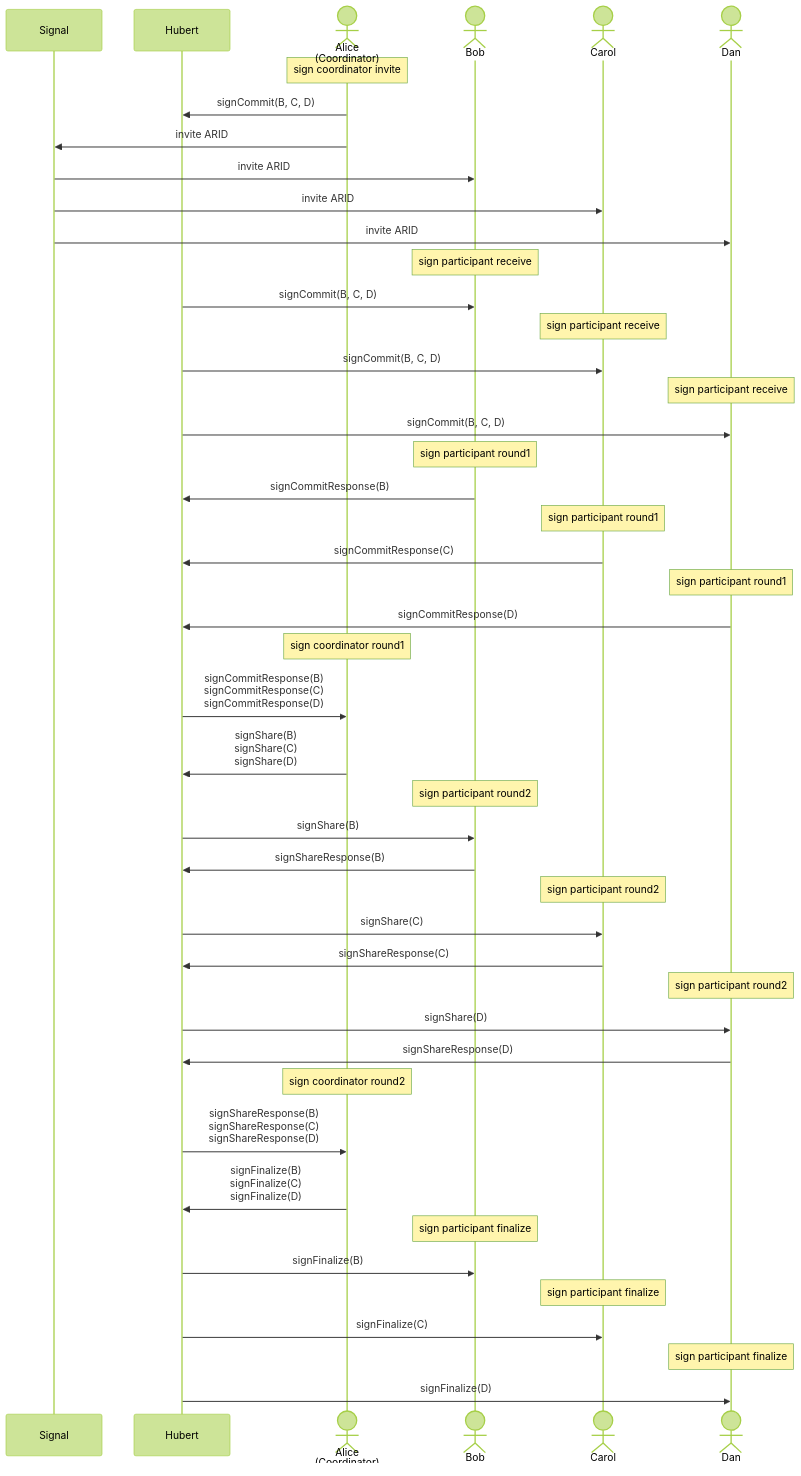
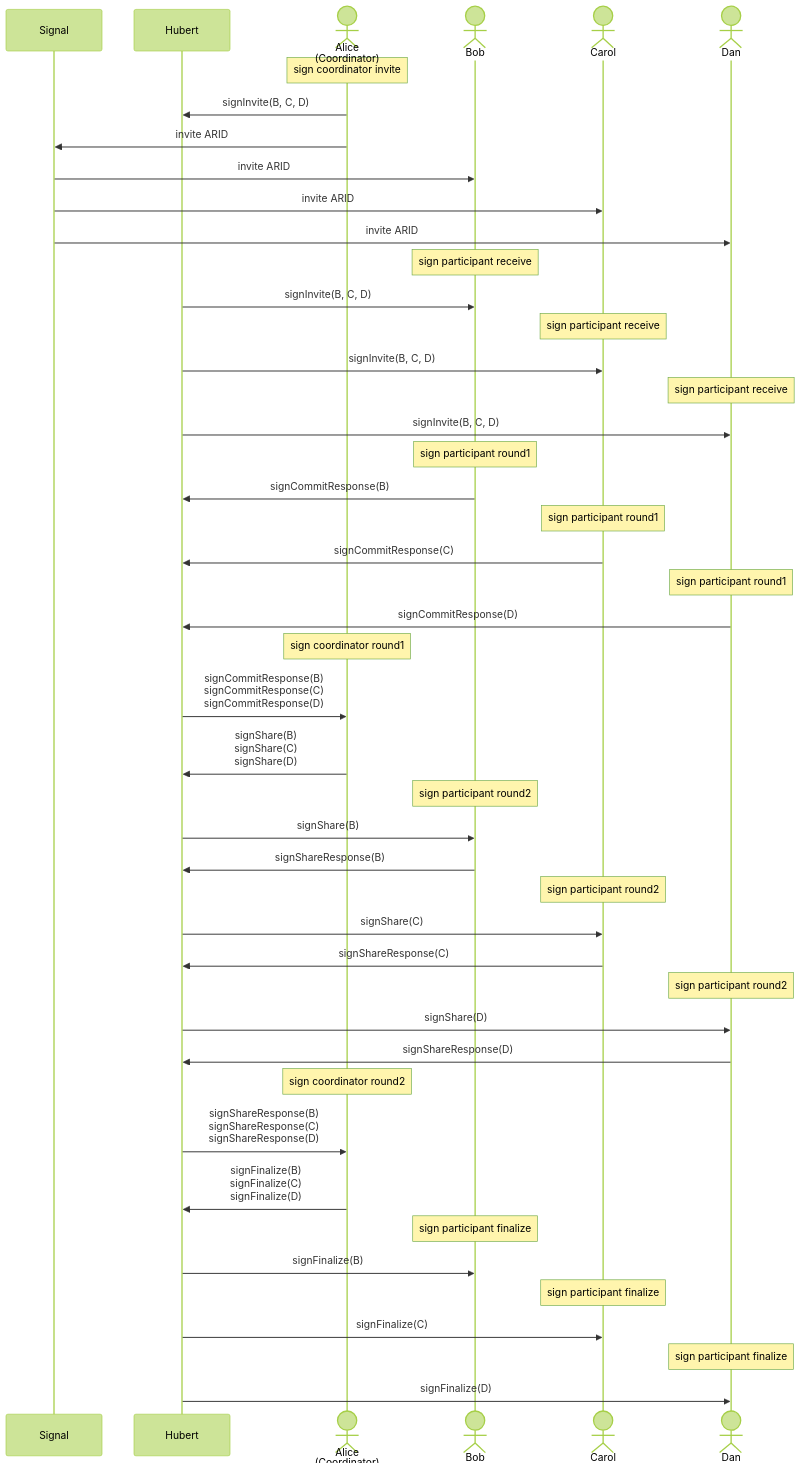
Before and after one commit to BlockchainCommons/frost-hubert-rust: the third of 3 diagrams in sequence-diagram.md, drawn with Mermaid (forest theme). The commit also changed 7 other files, not shown here.

````diff
--- a/sequence-diagram.md
+++ b/sequence-diagram.md
@@ -98,63 +98,63 @@
 ```mermaid
 sequenceDiagram
     participant S as Signal
     participant H as Hubert
     actor A as Alice<br/>(Coordinator)
     actor B as Bob
     actor C as Carol
     actor D as Dan
 
     note over A: sign coordinator invite
-    A->>H: signCommit(B, C, D)
+    A->>H: signInvite(B, C, D)
     A->>S: invite ARID
     S->>B: invite ARID
     S->>C: invite ARID
     S->>D: invite ARID
 
     note over B: sign participant receive
-    H->>B: signCommit(B, C, D)
+    H->>B: signInvite(B, C, D)
 
     note over C: sign participant receive
-    H->>C: signCommit(B, C, D)
+    H->>C: signInvite(B, C, D)
 
     note over D: sign participant receive
-    H->>D: signCommit(B, C, D)
+    H->>D: signInvite(B, C, D)
 
     note over B: sign participant round1
     B->>H: signCommitResponse(B)
 
     note over C: sign participant round1
     C->>H: signCommitResponse(C)
 
     note over D: sign participant round1
     D->>H: signCommitResponse(D)
 
     note over A: sign coordinator round1
     H->>A: signCommitResponse(B)<br/>signCommitResponse(C)<br/>signCommitResponse(D)
     A->>H: signShare(B)<br/>signShare(C)<br/>signShare(D)
 
     note over B: sign participant round2
     H->>B: signShare(B)
     B->>H: signShareResponse(B)
 
     note over C: sign participant round2
     H->>C: signShare(C)
     C->>H: signShareResponse(C)
 
     note over D: sign participant round2
     H->>D: signShare(D)
     D->>H: signShareResponse(D)
 
     note over A: sign coordinator round2
     H->>A: signShareResponse(B)<br/>signShareResponse(C)<br/>signShareResponse(D)
     A->>H: signFinalize(B)<br/>signFinalize(C)<br/>signFinalize(D)
 
     note over B: sign participant finalize
     H->>B: signFinalize(B)
 
     note over C: sign participant finalize
     H->>C: signFinalize(C)
 
     note over D: sign participant finalize
     H->>D: signFinalize(D)
 ```
````
